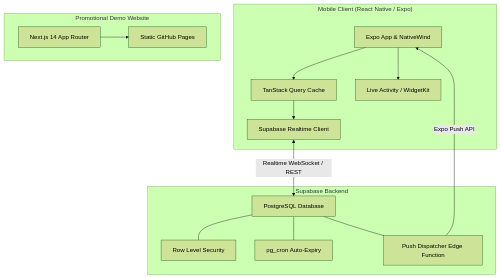
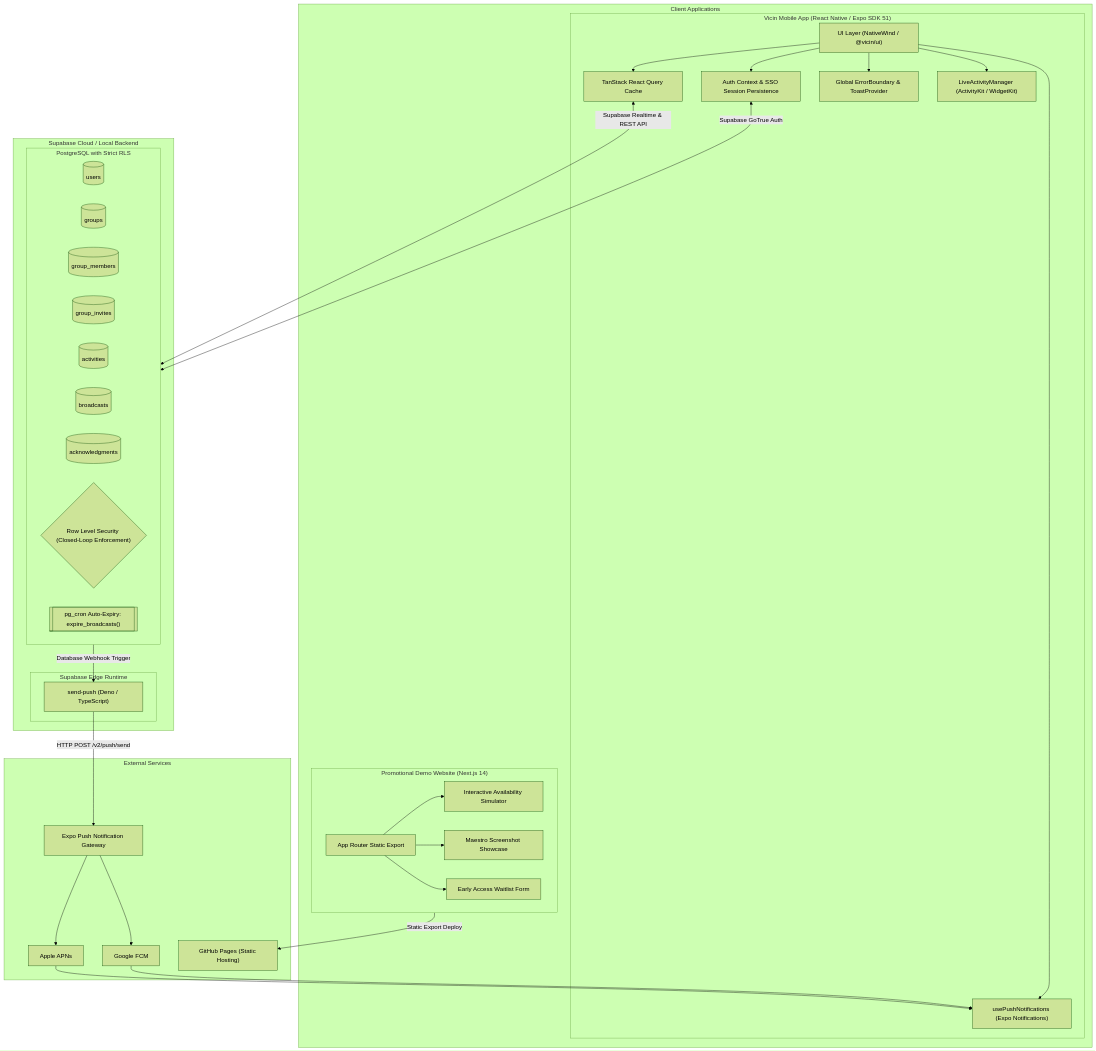
The diagram in README.md (FranekJemiolo/vicin), drawn with Mermaid (forest theme) before and after one commit. The commit also changed other lines of this file, not shown here.

Commit message:
docs(release): milestone 20 - final architecture diagrams, documentation, and release verification

````diff
--- a/README.md
+++ b/README.md
@@ -40,27 +42,65 @@
 ```mermaid
-graph TD
-    subgraph Mobile ["Mobile Client (React Native / Expo)"]
-        A[Expo App & NativeWind] --> B[TanStack Query Cache]
-        B --> C[Supabase Realtime Client]
-        A --> D[Live Activity / WidgetKit]
+flowchart TD
+    subgraph Clients ["Client Applications"]
+        subgraph Mobile ["Vicin Mobile App (React Native / Expo SDK 51)"]
+            UI["UI Layer (NativeWind / @vicin/ui)"]
+            State["TanStack React Query Cache"]
+            AuthCtx["Auth Context & SSO Session Persistence"]
+            ToastErr["Global ErrorBoundary & ToastProvider"]
+            LiveAct["LiveActivityManager (ActivityKit / WidgetKit)"]
+            PushHook["usePushNotifications (Expo Notifications)"]
+
+            UI --> State
+            UI --> AuthCtx
+            UI --> ToastErr
+            UI --> LiveAct
+            UI --> PushHook
+        end
+
+        subgraph WebApp ["Promotional Demo Website (Next.js 14)"]
+            Landing["App Router Static Export"]
+            Sim["Interactive Availability Simulator"]
+            Gallery["Maestro Screenshot Showcase"]
+            Waitlist["Early Access Waitlist Form"]
+
+            Landing --> Sim
+            Landing --> Gallery
+            Landing --> Waitlist
+        end
     end
 
-    subgraph Backend ["Supabase Backend"]
-        E[PostgreSQL Database]
-        F[Row Level Security]
-        G[pg_cron Auto-Expiry]
-        H[Push Dispatcher Edge Function]
-        E --- F
-        E --- G
-        E --- H
+    subgraph BackendServices ["Supabase Cloud / Local Backend"]
+        subgraph Database ["PostgreSQL with Strict RLS"]
+            T_Users[("users")]
+            T_Groups[("groups")]
+            T_Members[("group_members")]
+            T_Invites[("group_invites")]
+            T_Activities[("activities")]
+            T_Broadcasts[("broadcasts")]
+            T_Acks[("acknowledgments")]
+
+            RLS{"Row Level Security (Closed-Loop Enforcement)"}
+            CronWorker[["pg_cron Auto-Expiry: expire_broadcasts()"]]
+        end
+
+        subgraph Edge ["Supabase Edge Runtime"]
+            PushFn["send-push (Deno / TypeScript)"]
+        end
     end
 
-    subgraph Web ["Promotional Demo Website"]
-        I[Next.js 14 App Router]
-        J[Static GitHub Pages]
-        I --> J
+    subgraph External ["External Services"]
+        ExpoPush["Expo Push Notification Gateway"]
+        APNS["Apple APNs"]
+        FCM["Google FCM"]
+        GHPages["GitHub Pages (Static Hosting)"]
     end
 
-    C <--> |Realtime WebSocket / REST| E
-    H --> |Expo Push API| A
+    %% Connections
+    State <--> |Supabase Realtime & REST API| Database
+    AuthCtx <--> |Supabase GoTrue Auth| Database
+    Database --> |Database Webhook Trigger| PushFn
+    PushFn --> |HTTP POST /v2/push/send| ExpoPush
+    ExpoPush --> APNS & FCM
+    APNS & FCM --> PushHook
+    WebApp --> |Static Export Deploy| GHPages
 ```
````
